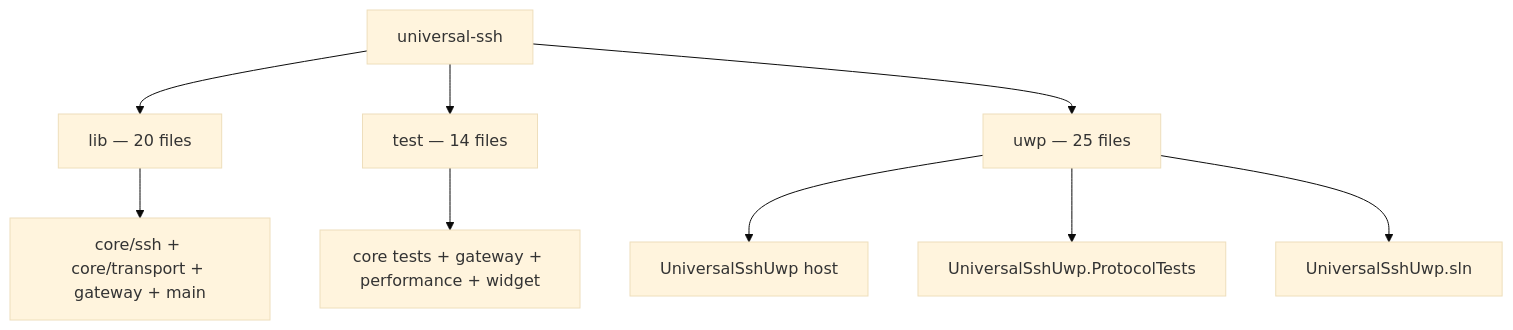
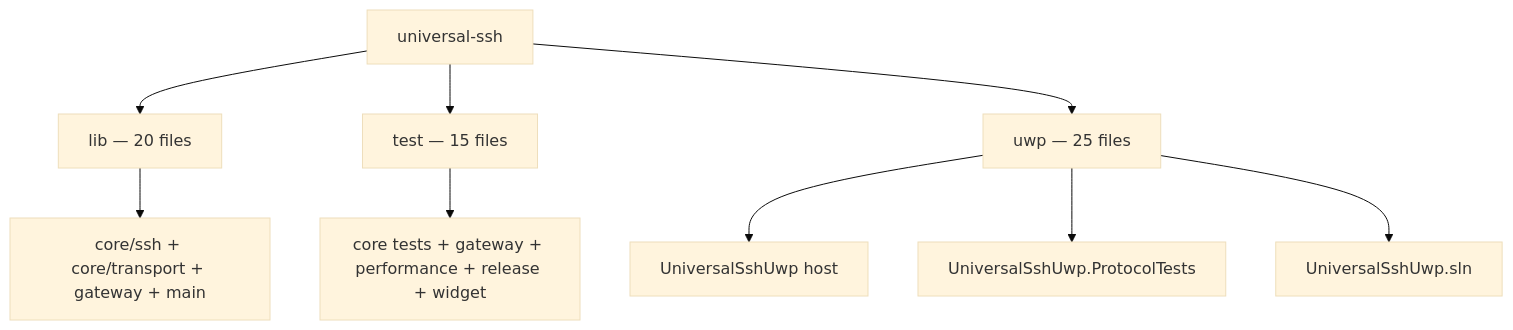
One commit to aloisiocosta-prof/universal-ssh changed the diagram in docs/architecture/files.md. Above: the diagram before and after it, drawn with Mermaid (base theme). The commit also changed other lines of this file, not shown here.

Commit message:
docs: update architecture inventory for release contract tests

````diff
--- a/docs/architecture/files.md
+++ b/docs/architecture/files.md
@@ -9,12 +9,12 @@
 ```mermaid
 flowchart TB
   R[universal-ssh]
   R --> L[lib — 20 files]
-  R --> T[test — 14 files]
+  R --> T[test — 15 files]
   R --> U[uwp — 25 files]
   L --> LC[core/ssh + core/transport + gateway + main]
-  T --> TC[core tests + gateway + performance + widget]
+  T --> TC[core tests + gateway + performance + release + widget]
   U --> UH[UniversalSshUwp host]
   U --> UT[UniversalSshUwp.ProtocolTests]
   U --> US[UniversalSshUwp.sln]
 ```
````
